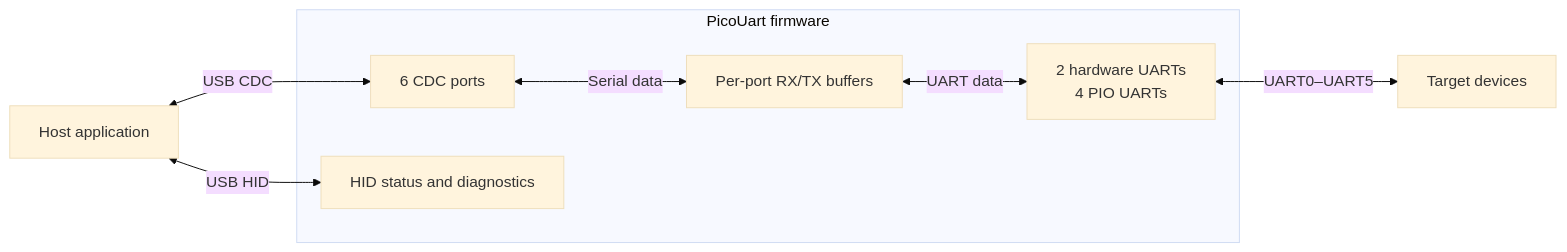
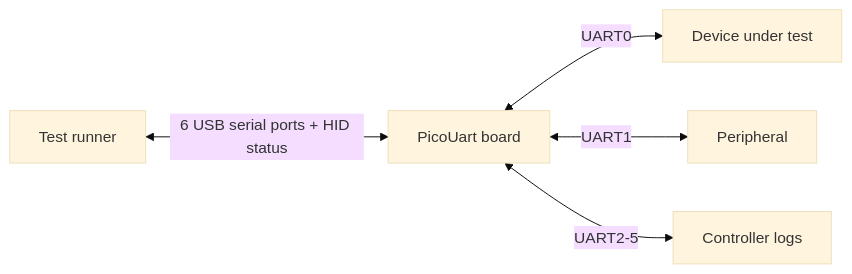
One commit to djwinter29-oss/PicoUart changed the diagram in README.md. Above: the diagram before and after it, drawn with Mermaid (base theme). The commit also changed other lines of this file and 85 other files, not shown here.

````diff
--- a/README.md
+++ b/README.md
@@ -70,17 +71,7 @@
 ```mermaid
 flowchart LR
-  Host["Host application"]
-  subgraph PicoUart["PicoUart firmware"]
-    CDC["6 CDC ports"]
-    Rings["Per-port RX/TX buffers"]
-    Backends["2 hardware UARTs<br/>4 PIO UARTs"]
-    HID["HID status and diagnostics"]
-    CDC <-->|"Serial data"| Rings
-    Rings <-->|"UART data"| Backends
-  end
-  Target["Target devices"]
-
-  Host <-->|"USB CDC"| CDC
-  Host <-->|"USB HID"| HID
-  Backends <-->|"UART0–UART5"| Target
+    Runner["Test runner"] <-->|"6 USB serial ports + HID status"| Pico["PicoUart board"]
+    Pico <-->|"UART0"| DUT["Device under test"]
+    Pico <-->|"UART1"| Peripheral["Peripheral"]
+    Pico <-->|"UART2-5"| Logs["Controller logs"]
 ```
````
